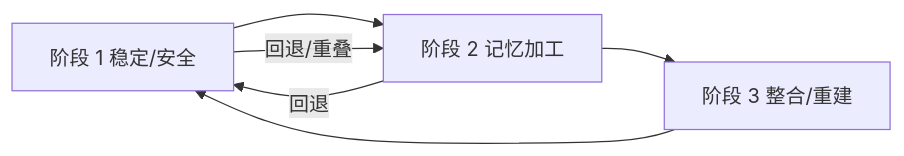
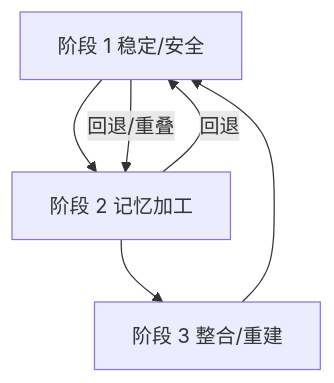
Before and after one commit to mps-team-cn/Multiple_personality_system_wiki: the diagram in docs/entries/Three-Phase-Trauma-Treatment.md, drawn with Mermaid. The commit also changed other lines of this file and 1 other file, not shown here.

Commit message:
docs: 统一“整合/融合”术语并链接 Fusion/Integration；三阶段流程图改为竖向（移动端更友好）

````diff
--- a/docs/entries/Three-Phase-Trauma-Treatment.md
+++ b/docs/entries/Three-Phase-Trauma-Treatment.md
@@ -179,8 +179,8 @@
 ```mermaid
-flowchart LR
+flowchart TB
   A[阶段 1 稳定/安全] --> B[阶段 2 记忆加工]
   B --> C[阶段 3 整合/重建]
   C --> A
   A -- 回退/重叠 --> B
   B -- 回退 --> A
 ```
````
